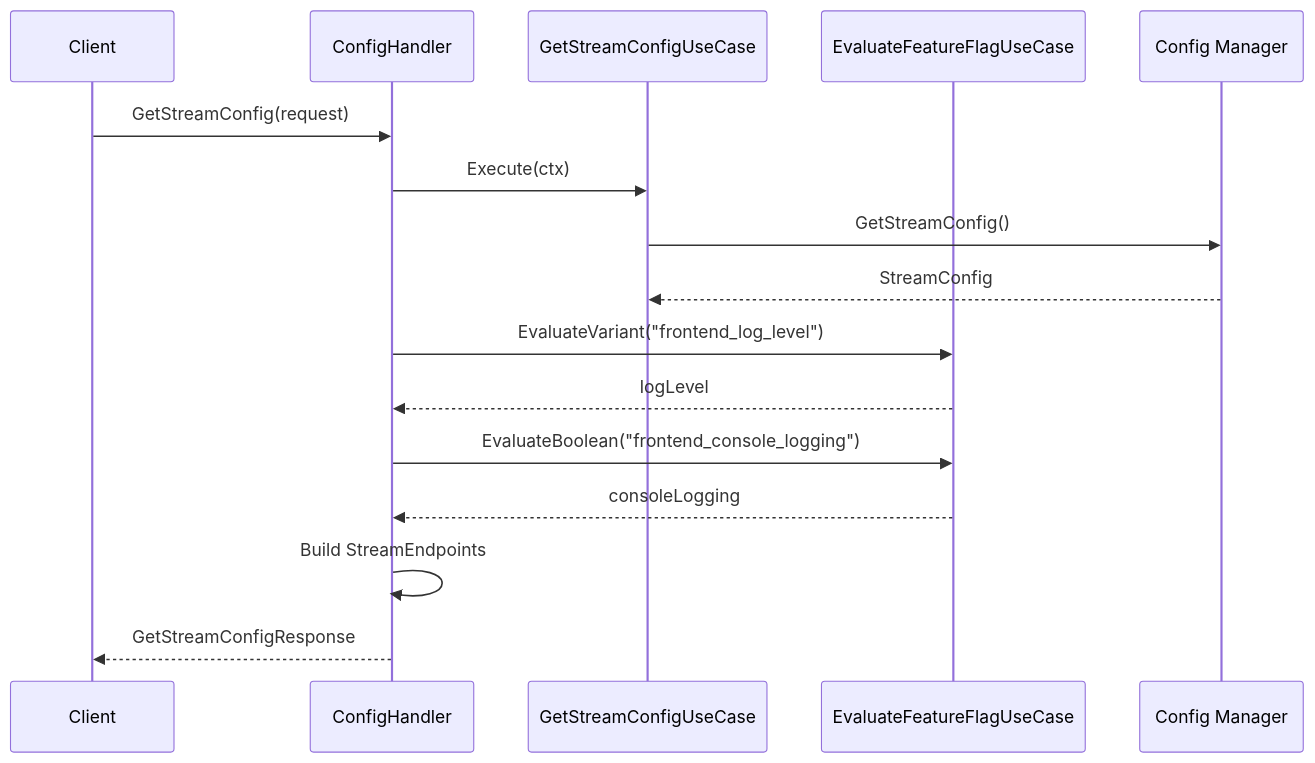
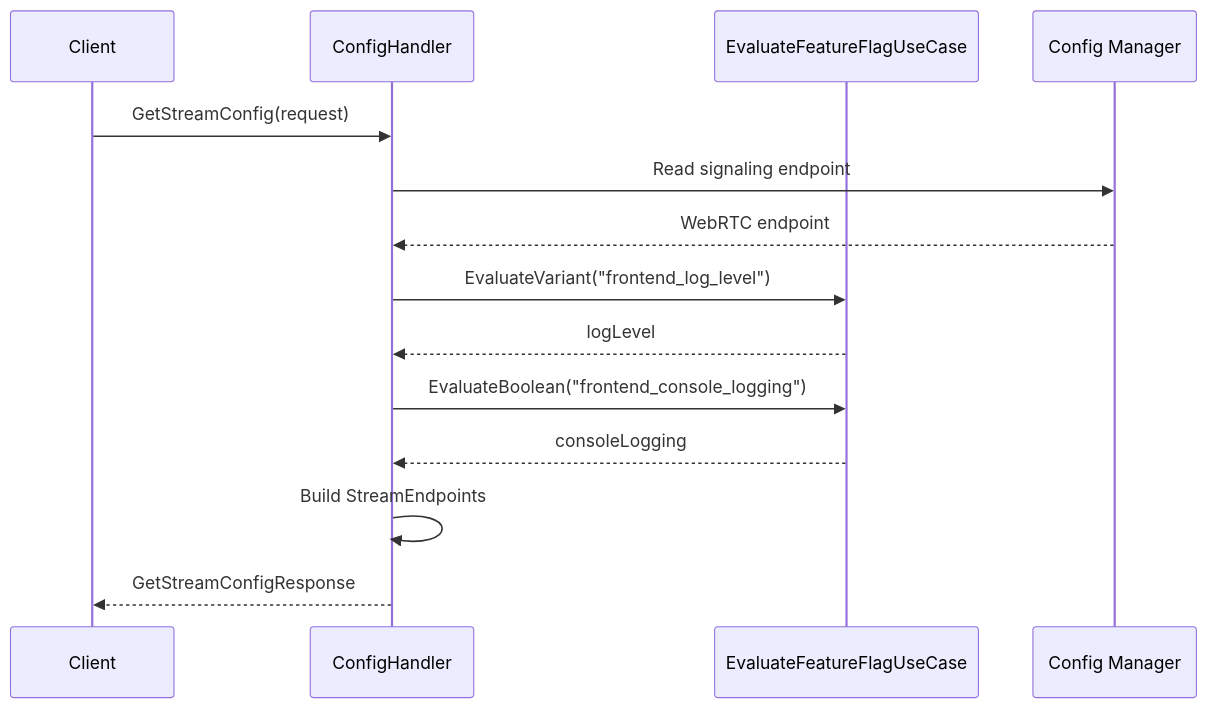
One commit to josnelihurt/learning-cuda changed the fifth of 11 diagrams in src/go_api/README.md. Above: the diagram before and after it, drawn with Mermaid. The commit also changed other lines of this file and 90 other files, not shown here.

First line of the commit message:
feat(webrtc): implement WebRTC signaling and remove WebSocket references

````diff
--- a/src/go_api/README.md
+++ b/src/go_api/README.md
@@ -352,22 +386,20 @@
 ```mermaid
 sequenceDiagram
     participant Client as Client
     participant Handler as ConfigHandler
-    participant StreamConfigUC as GetStreamConfigUseCase
     participant FFUseCase as EvaluateFeatureFlagUseCase
     participant Config as Config Manager
     
     Client->>Handler: GetStreamConfig(request)
-    Handler->>StreamConfigUC: Execute(ctx)
-    StreamConfigUC->>Config: GetStreamConfig()
-    Config-->>StreamConfigUC: StreamConfig
+    Handler->>Config: Read signaling endpoint
+    Config-->>Handler: WebRTC endpoint
     
     Handler->>FFUseCase: EvaluateVariant("frontend_log_level")
     FFUseCase-->>Handler: logLevel
     
     Handler->>FFUseCase: EvaluateBoolean("frontend_console_logging")
     FFUseCase-->>Handler: consoleLogging
     
     Handler->>Handler: Build StreamEndpoints
     Handler-->>Client: GetStreamConfigResponse
 ```
````
